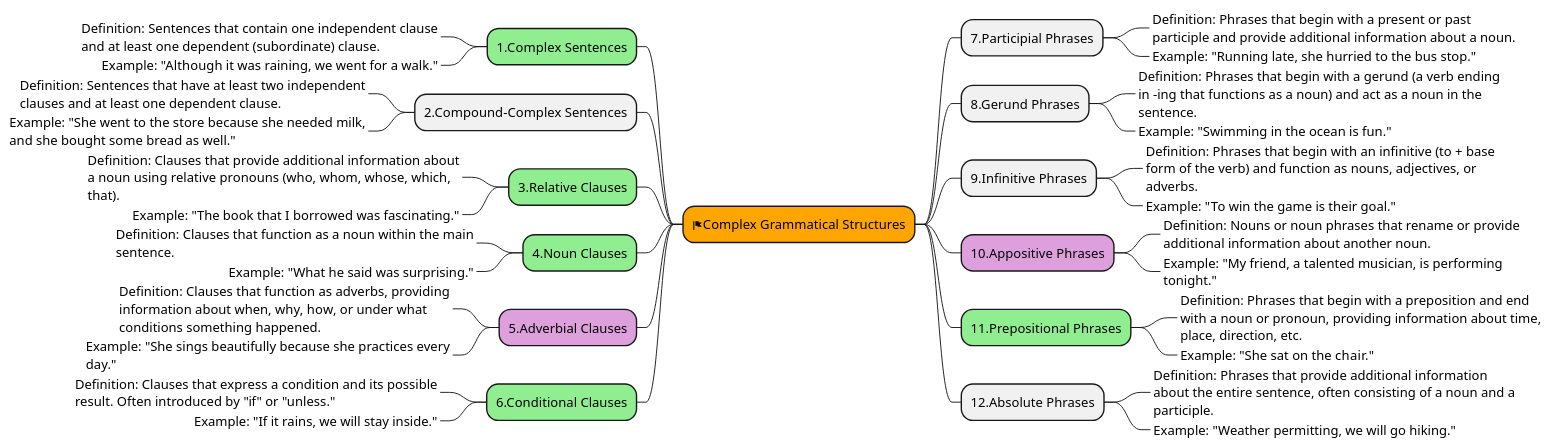
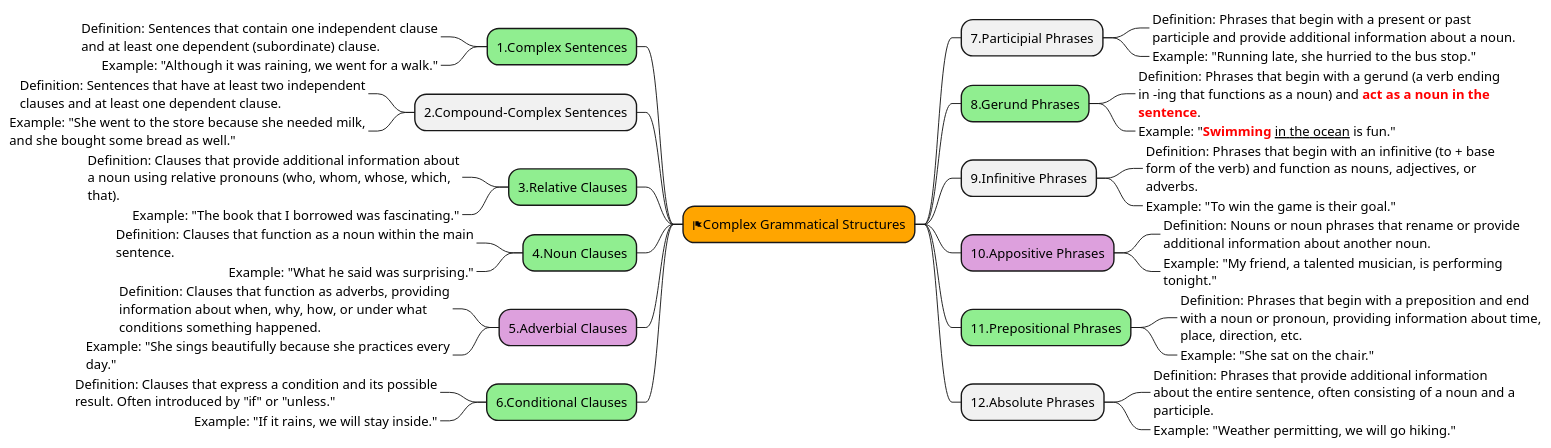
Before and after one commit to thanhnv2210/MyPlantuml: the diagram in src/English/Grammar/Type_of_Sentence_by_GPT.puml, drawn with PlantUML. The commit also changed 7 other files, not shown here.

```diff
--- a/src/English/Grammar/Type_of_Sentence_by_GPT.puml
+++ b/src/English/Grammar/Type_of_Sentence_by_GPT.puml
@@ -1,67 +1,67 @@
 @startmindmap
 <style>
 element {
   MaximumWidth 400
 }
 mindmapDiagram {
   .highlight {
     BackgroundColor lightgreen
   }
   .uncertain {
     BackgroundColor plum
   }
 }
 </style>
 
 *[#orange] <&flag>Complex Grammatical Structures
 left side
 ** 1.Complex Sentences <<highlight>>
 ***_ Definition: Sentences that contain one independent clause and at least one dependent (subordinate) clause.
 ***_ Example: "Although it was raining, we went for a walk."
 
 ** 2.Compound-Complex Sentences
 ***_ Definition: Sentences that have at least two independent clauses and at least one dependent clause.
 ***_ Example: "She went to the store because she needed milk, and she bought some bread as well."
 
 ** 3.Relative Clauses <<highlight>>
 ***_ Definition: Clauses that provide additional information about a noun using relative pronouns (who, whom, whose, which, that).
 ***_ Example: "The book that I borrowed was fascinating."
 
 ** 4.Noun Clauses <<highlight>>
 ***_ Definition: Clauses that function as a noun within the main sentence.
 ***_ Example: "What he said was surprising."
 
 ** 5.Adverbial Clauses <<uncertain>>
 ***_ Definition: Clauses that function as adverbs, providing information about when, why, how, or under what conditions something happened.
 ***_ Example: "She sings beautifully because she practices every day."
 
 ** 6.Conditional Clauses <<highlight>>
 ***_ Definition: Clauses that express a condition and its possible result. Often introduced by "if" or "unless."
 ***_ Example: "If it rains, we will stay inside."
 
 right side
 ** 7.Participial Phrases
 ***_ Definition: Phrases that begin with a present or past participle and provide additional information about a noun.
 ***_ Example: "Running late, she hurried to the bus stop."
 
-** 8.Gerund Phrases
-***_ Definition: Phrases that begin with a gerund (a verb ending in -ing that functions as a noun) and act as a noun in the sentence.
-***_ Example: "Swimming in the ocean is fun."
+** 8.Gerund Phrases <<highlight>>
+***_ Definition: Phrases that begin with a gerund (a verb ending in -ing that functions as a noun) and <b><color:red>act as a noun in the sentence</b>.
+***_ Example: "<b><color:red>Swimming</b> __in the ocean__ is fun."
 
 ** 9.Infinitive Phrases
 ***_ Definition: Phrases that begin with an infinitive (to + base form of the verb) and function as nouns, adjectives, or adverbs.
 ***_ Example: "To win the game is their goal."
 
 ** 10.Appositive Phrases <<uncertain>>
 ***_ Definition: Nouns or noun phrases that rename or provide additional information about another noun.
 ***_ Example: "My friend, a talented musician, is performing tonight."
 
 ** 11.Prepositional Phrases <<highlight>>
 ***_ Definition: Phrases that begin with a preposition and end with a noun or pronoun, providing information about time, place, direction, etc.
 ***_ Example: "She sat on the chair."
 
 ** 12.Absolute Phrases
 ***_ Definition: Phrases that provide additional information about the entire sentence, often consisting of a noun and a participle.
 ***_ Example: "Weather permitting, we will go hiking."
 
 @endmindmap
```
